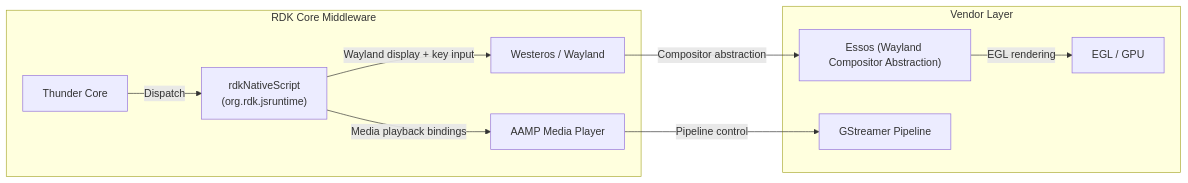
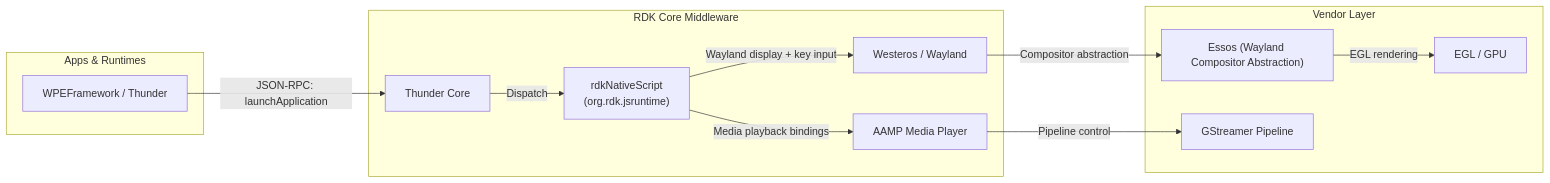
The first of 6 diagrams in docs/docu/RDKV-Documentations/rdkNativescript.md (rns21/RDK_Documentation), drawn with Mermaid before and after one commit. The commit also changed other lines of this file, not shown here.

````diff
--- a/docs/docu/RDKV-Documentations/rdkNativescript.md
+++ b/docs/docu/RDKV-Documentations/rdkNativescript.md
@@ -9,31 +9,37 @@
 ```mermaid
 flowchart LR
 
 %% Styles
 classDef Apps stroke:#00B9F1,fill:#E6F7FD,stroke-width:2px;
 classDef RDKMW stroke:#75D701,fill:#F1FFE6,stroke-width:2px;
 classDef VL stroke:#808080,fill:#F2F2F2,stroke-width:2px;
+
+%% Apps Layer
+    subgraph Apps["Apps & Runtimes"]
+        WPE_RT["WPEFramework / Thunder"]
+    end
 
 %% Middleware
     subgraph RDKMW["RDK Core Middleware"]
         JSRuntime["rdkNativeScript\n(org.rdk.jsruntime)"]
         AAMP["AAMP Media Player"]
         Westeros["Westeros / Wayland"]
         Thunder["Thunder Core"]
     end
 
 %% Vendor Layer
     subgraph VL["Vendor Layer"]
         Essos["Essos (Wayland Compositor Abstraction)"]
         GST["GStreamer Pipeline"]
         EGL["EGL / GPU"]
     end
 
     %% Connections
+    WPE_RT -->|JSON-RPC: launchApplication| Thunder
     Thunder -->|Dispatch| JSRuntime
     JSRuntime -->|Media playback bindings| AAMP
     JSRuntime -->|Wayland display + key input| Westeros
     AAMP -->|Pipeline control| GST
     Westeros -->|Compositor abstraction| Essos
     Essos -->|EGL rendering| EGL
 ```
````
